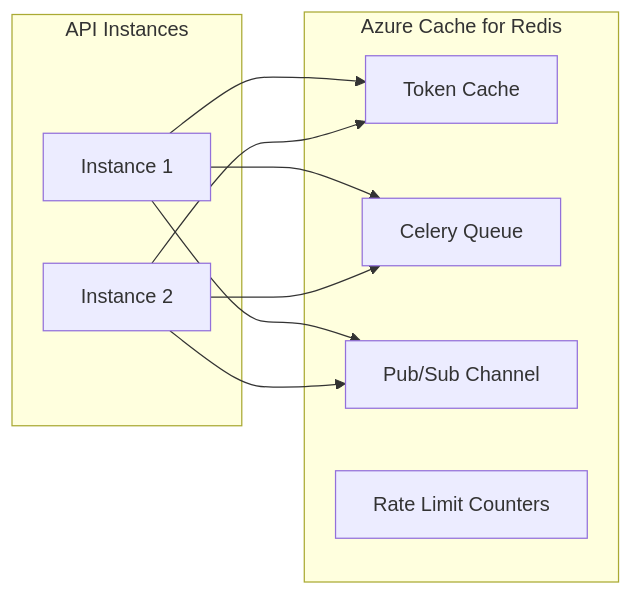
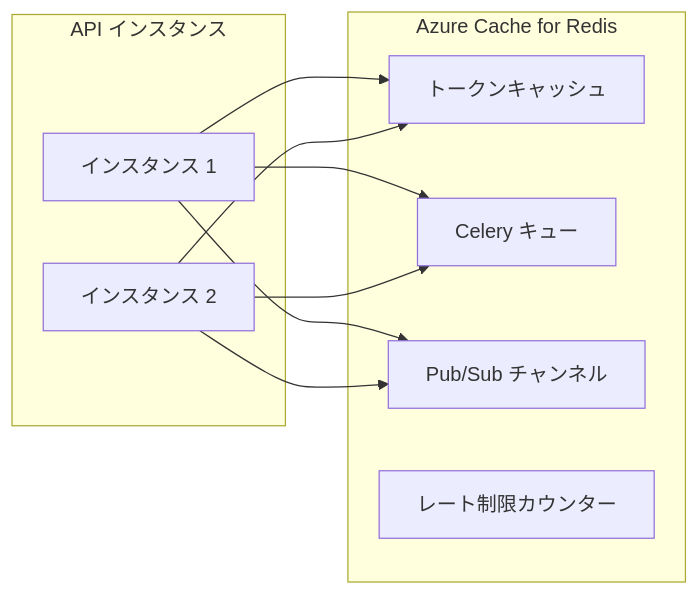
One commit to hampen2929/zloth changed the third of 16 diagrams in docs/azure_host_design.md. Above: the diagram before and after it, drawn with Mermaid. The commit also changed other lines of this file, not shown here.

````diff
--- a/docs/azure_host_design.md
+++ b/docs/azure_host_design.md
@@ -205,21 +205,21 @@
 ```mermaid
 flowchart LR
-    subgraph API["API Instances"]
-        A1[Instance 1]
-        A2[Instance 2]
+    subgraph API["API インスタンス"]
+        A1[インスタンス 1]
+        A2[インスタンス 2]
     end
 
     subgraph Redis["Azure Cache for Redis"]
-        Cache[Token Cache]
-        Queue[Celery Queue]
-        PubSub[Pub/Sub Channel]
-        RateLimit[Rate Limit Counters]
+        Cache[トークンキャッシュ]
+        Queue[Celery キュー]
+        PubSub[Pub/Sub チャンネル]
+        RateLimit[レート制限カウンター]
     end
 
     A1 --> Cache
     A2 --> Cache
     A1 --> Queue
     A2 --> Queue
     A1 --> PubSub
     A2 --> PubSub
 ```
````
